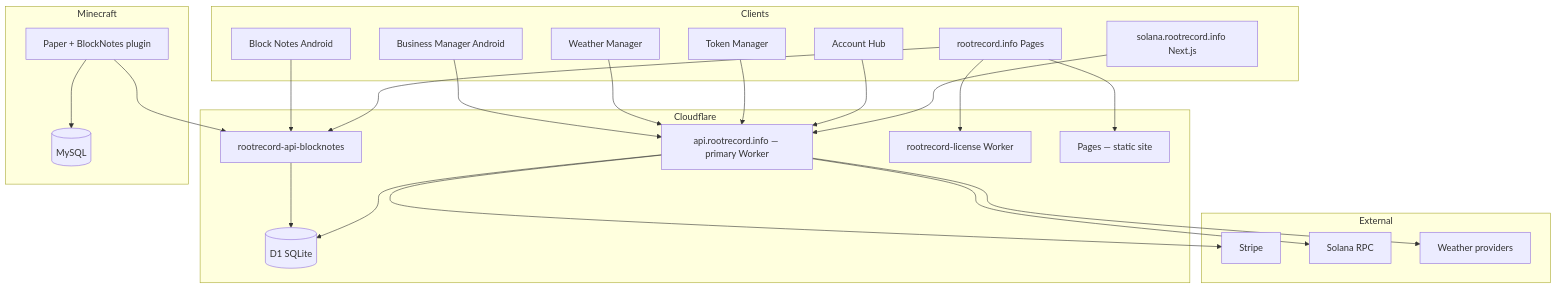
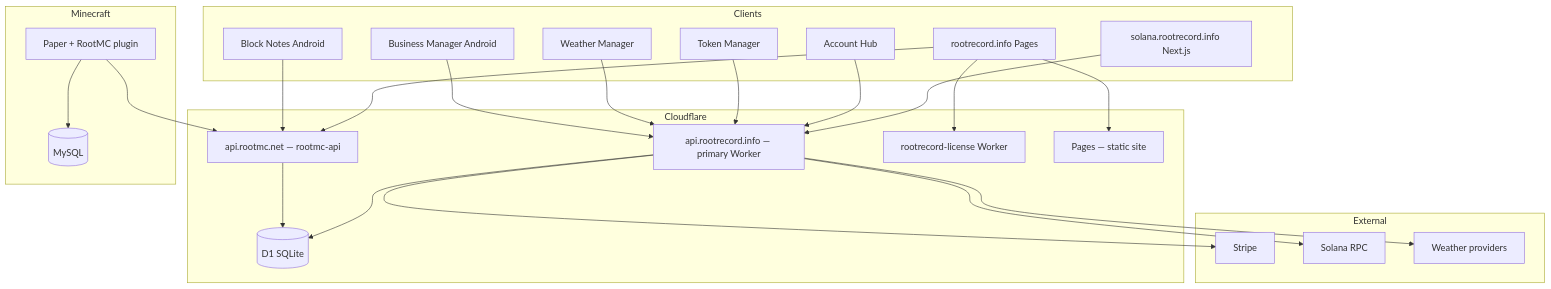
Before and after one commit to rootrecordsoftwaresolutions/mirror-rootrecord-monorepo: the diagram in Doc-Repo/docs/10-deep-dives/architecture-map.md, drawn with Mermaid. The commit also changed 6391 other files, not shown here.

Commit message:
RootMC: buy/sell shops, economy and market fixes, rootmc-api and rootmc-web deploy, plugin jars 1.3.15/1.3.29

````diff
--- a/Doc-Repo/docs/10-deep-dives/architecture-map.md
+++ b/Doc-Repo/docs/10-deep-dives/architecture-map.md
@@ -5,48 +5,48 @@
 ```mermaid
 flowchart TB
   subgraph clients [Clients]
     BM[Business Manager Android]
     WM[Weather Manager]
     TM[Token Manager]
     AH[Account Hub]
     BN[Block Notes Android]
     WEB[rootrecord.info Pages]
     SOL[solana.rootrecord.info Next.js]
   end
 
   subgraph cf [Cloudflare]
     API[api.rootrecord.info — primary Worker]
-    BNAPI[rootrecord-api-blocknotes]
+    BNAPI[api.rootmc.net — rootmc-api]
     LIC[rootrecord-license Worker]
     PAGES[Pages — static site]
     D1[(D1 SQLite)]
   end
 
   subgraph mc [Minecraft]
-    PAPER[Paper + BlockNotes plugin]
+    PAPER[Paper + RootMC plugin]
     MYSQL[(MySQL)]
   end
 
   subgraph external [External]
     STRIPE[Stripe]
     RPC[Solana RPC]
     PROV[Weather providers]
   end
 
   BM --> API
   WM --> API
   TM --> API
   AH --> API
   BN --> BNAPI
   PAPER --> BNAPI
   PAPER --> MYSQL
   WEB --> LIC
   WEB --> PAGES
   WEB --> BNAPI
   BNAPI --> D1
   API --> D1
   API --> STRIPE
   API --> PROV
   API --> RPC
   SOL --> API
 ```
````
